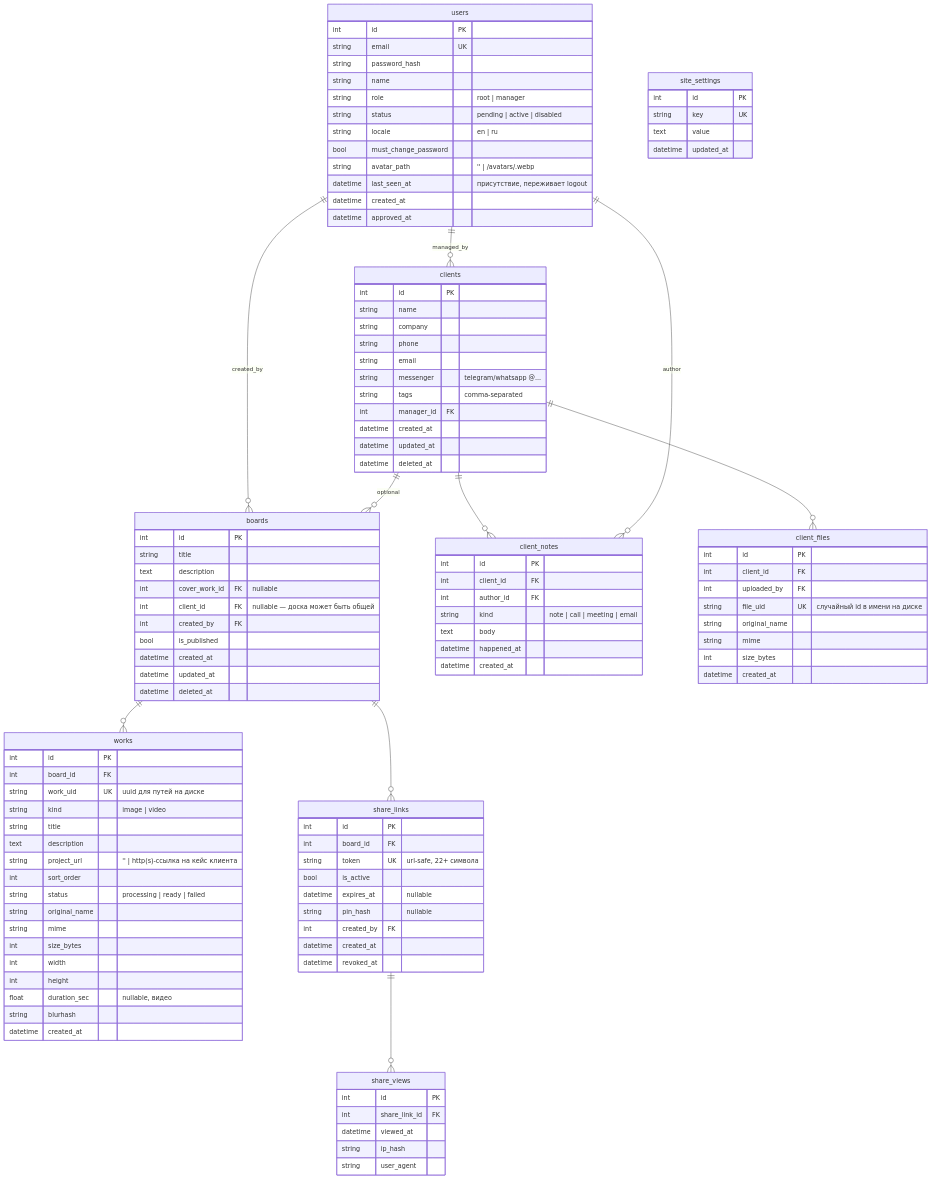
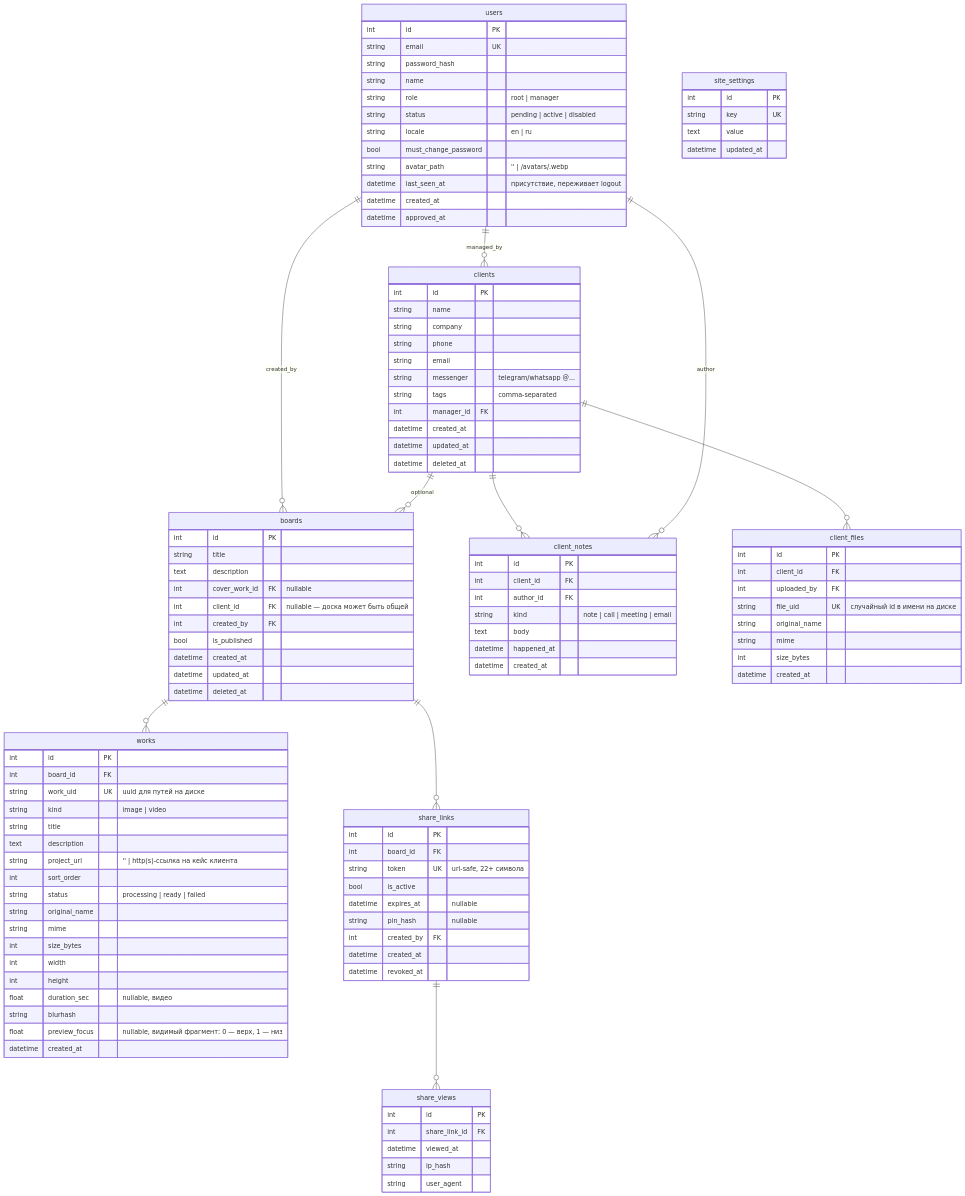
The diagram in docs/03-database.md (DenisHumen/OpenCRM), drawn with Mermaid before and after one commit. The commit also changed other lines of this file and 20 other files, not shown here.

```diff
--- a/docs/03-database.md
+++ b/docs/03-database.md
@@ -102,6 +102,7 @@
         int height
         float duration_sec "nullable, видео"
         string blurhash
+        float preview_focus "nullable, видимый фрагмент: 0 — верх, 1 — низ"
         datetime created_at
     }
 
```
